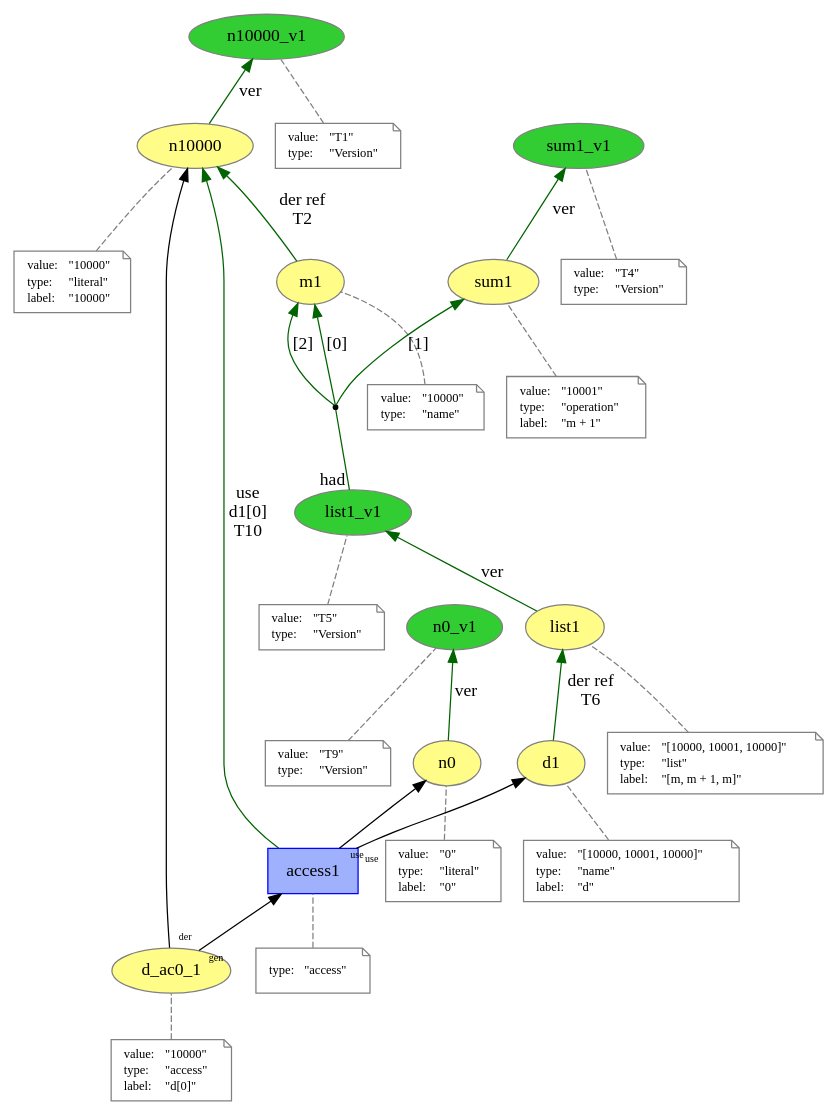
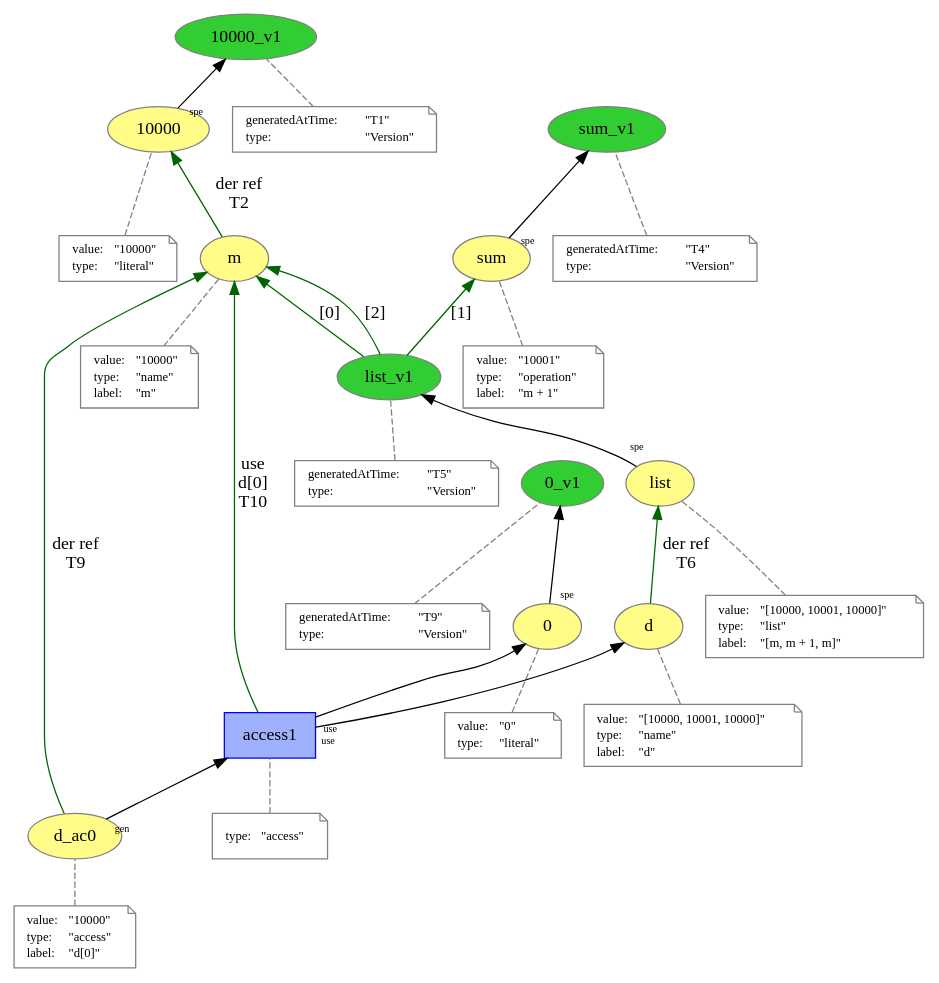
The diagram in explicit_versioned/access.dot (dew-uff/versioned-prov), drawn with Graphviz before and after one commit. The commit also changed 53 other files, not shown here.

```diff
--- a/explicit_versioned/access.dot
+++ b/explicit_versioned/access.dot
@@ -1,5 +1,5 @@
 digraph "PROV" { size="16,12"; rankdir="BT";
-"http://example.org/n10000" [fillcolor="#FFFC87",color="#808080",style="filled",label="n10000",URL="http://example.org/n10000"]
+"http://example.org/10000" [fillcolor="#FFFC87",color="#808080",style="filled",label="10000",URL="http://example.org/10000"]
 "-attrs0" [color="gray",shape="note",fontsize="10",fontcolor="black",label=<<TABLE cellpadding="0" border="0">
 	<TR>
 	    <TD align="left">value:</TD>
@@ -9,16 +9,12 @@
 	    <TD align="left">type:</TD>
 	    <TD align="left">&quot;literal&quot;</TD>
 	</TR>
-	<TR>
-	    <TD align="left">label:</TD>
-	    <TD align="left">&quot;10000&quot;</TD>
-	</TR>
 </TABLE>>]
-"-attrs0" -> "http://example.org/n10000" [color="gray",style="dashed",arrowhead="none"]
-"http://example.org/n10000_v1" [fillcolor="#32CD32",color="#808080",style="filled",label="n10000_v1",URL="http://example.org/n10000_v1"]
+"-attrs0" -> "http://example.org/10000" [color="gray",style="dashed",arrowhead="none"]
+"http://example.org/10000_v1" [fillcolor="#32CD32",color="#808080",style="filled",label="10000_v1",URL="http://example.org/10000_v1"]
 "-attrs1" [color="gray",shape="note",fontsize="10",fontcolor="black",label=<<TABLE cellpadding="0" border="0">
 	<TR>
-	    <TD align="left">value:</TD>
+	    <TD align="left">generatedAtTime:</TD>
 	    <TD align="left">&quot;T1&quot;</TD>
 	</TR>
 	<TR>
@@ -26,9 +22,9 @@
 	    <TD align="left">&quot;Version&quot;</TD>
 	</TR>
 </TABLE>>]
-"-attrs1" -> "http://example.org/n10000_v1" [color="gray",style="dashed",arrowhead="none"]
-"http://example.org/n10000" -> "http://example.org/n10000_v1" [labelfontsize="8",labeldistance="1.5",color="darkgreen",labelangle="60.0",rotation="20",label="ver"]
-"http://example.org/m1" [fillcolor="#FFFC87",color="#808080",style="filled",label="m1",URL="http://example.org/m1"]
+"-attrs1" -> "http://example.org/10000_v1" [color="gray",style="dashed",arrowhead="none"]
+"http://example.org/10000" -> "http://example.org/10000_v1" [labelfontsize="8",labeldistance="1.5",labelangle="60.0",rotation="20",taillabel="spe"]
+"http://example.org/m" [fillcolor="#FFFC87",color="#808080",style="filled",label="m",URL="http://example.org/m"]
 "-attrs2" [color="gray",shape="note",fontsize="10",fontcolor="black",label=<<TABLE cellpadding="0" border="0">
 	<TR>
 	    <TD align="left">value:</TD>
@@ -38,11 +34,15 @@
 	    <TD align="left">type:</TD>
 	    <TD align="left">&quot;name&quot;</TD>
 	</TR>
+	<TR>
+	    <TD align="left">label:</TD>
+	    <TD align="left">&quot;m&quot;</TD>
+	</TR>
 </TABLE>>]
-"-attrs2" -> "http://example.org/m1" [color="gray",style="dashed",arrowhead="none"]
-"http://example.org/m1" -> "http://example.org/n10000" [labelfontsize="8",labeldistance="1.5",color="darkgreen",labelangle="60.0",rotation="20",label="der ref
+"-attrs2" -> "http://example.org/m" [color="gray",style="dashed",arrowhead="none"]
+"http://example.org/m" -> "http://example.org/10000" [labelfontsize="8",labeldistance="1.5",color="darkgreen",labelangle="60.0",rotation="20",label="der ref
 T2"]
-"http://example.org/sum1" [fillcolor="#FFFC87",color="#808080",style="filled",label="sum1",URL="http://example.org/sum1"]
+"http://example.org/sum" [fillcolor="#FFFC87",color="#808080",style="filled",label="sum",URL="http://example.org/sum"]
 "-attrs3" [color="gray",shape="note",fontsize="10",fontcolor="black",label=<<TABLE cellpadding="0" border="0">
 	<TR>
 	    <TD align="left">value:</TD>
@@ -57,11 +57,11 @@
 	    <TD align="left">&quot;m + 1&quot;</TD>
 	</TR>
 </TABLE>>]
-"-attrs3" -> "http://example.org/sum1" [color="gray",style="dashed",arrowhead="none"]
-"http://example.org/sum1_v1" [fillcolor="#32CD32",color="#808080",style="filled",label="sum1_v1",URL="http://example.org/sum1_v1"]
+"-attrs3" -> "http://example.org/sum" [color="gray",style="dashed",arrowhead="none"]
+"http://example.org/sum_v1" [fillcolor="#32CD32",color="#808080",style="filled",label="sum_v1",URL="http://example.org/sum_v1"]
 "-attrs4" [color="gray",shape="note",fontsize="10",fontcolor="black",label=<<TABLE cellpadding="0" border="0">
 	<TR>
-	    <TD align="left">value:</TD>
+	    <TD align="left">generatedAtTime:</TD>
 	    <TD align="left">&quot;T4&quot;</TD>
 	</TR>
 	<TR>
@@ -69,9 +69,9 @@
 	    <TD align="left">&quot;Version&quot;</TD>
 	</TR>
 </TABLE>>]
-"-attrs4" -> "http://example.org/sum1_v1" [color="gray",style="dashed",arrowhead="none"]
-"http://example.org/sum1" -> "http://example.org/sum1_v1" [labelfontsize="8",labeldistance="1.5",color="darkgreen",labelangle="60.0",rotation="20",label="ver"]
-"http://example.org/list1" [fillcolor="#FFFC87",color="#808080",style="filled",label="list1",URL="http://example.org/list1"]
+"-attrs4" -> "http://example.org/sum_v1" [color="gray",style="dashed",arrowhead="none"]
+"http://example.org/sum" -> "http://example.org/sum_v1" [labelfontsize="8",labeldistance="1.5",labelangle="60.0",rotation="20",taillabel="spe"]
+"http://example.org/list" [fillcolor="#FFFC87",color="#808080",style="filled",label="list",URL="http://example.org/list"]
 "-attrs5" [color="gray",shape="note",fontsize="10",fontcolor="black",label=<<TABLE cellpadding="0" border="0">
 	<TR>
 	    <TD align="left">value:</TD>
@@ -86,11 +86,11 @@
 	    <TD align="left">&quot;[m, m + 1, m]&quot;</TD>
 	</TR>
 </TABLE>>]
-"-attrs5" -> "http://example.org/list1" [color="gray",style="dashed",arrowhead="none"]
-"http://example.org/list1_v1" [fillcolor="#32CD32",color="#808080",style="filled",label="list1_v1",URL="http://example.org/list1_v1"]
+"-attrs5" -> "http://example.org/list" [color="gray",style="dashed",arrowhead="none"]
+"http://example.org/list_v1" [fillcolor="#32CD32",color="#808080",style="filled",label="list_v1",URL="http://example.org/list_v1"]
 "-attrs6" [color="gray",shape="note",fontsize="10",fontcolor="black",label=<<TABLE cellpadding="0" border="0">
 	<TR>
-	    <TD align="left">value:</TD>
+	    <TD align="left">generatedAtTime:</TD>
 	    <TD align="left">&quot;T5&quot;</TD>
 	</TR>
 	<TR>
@@ -98,14 +98,12 @@
 	    <TD align="left">&quot;Version&quot;</TD>
 	</TR>
 </TABLE>>]
-"-attrs6" -> "http://example.org/list1_v1" [color="gray",style="dashed",arrowhead="none"]
-"http://example.org/list1" -> "http://example.org/list1_v1" [labelfontsize="8",labeldistance="1.5",color="darkgreen",labelangle="60.0",rotation="20",label="ver"]
-"bn0" [shape="point",label=""]
-"http://example.org/list1_v1" -> "bn0" [arrowhead="none",taillabel="had",color="darkgreen"]
-"bn0" -> "http://example.org/m1" [labelfontsize="8",labeldistance="1.5",color="darkgreen",labelangle="60.0",rotation="20",label="[0]"]
-"bn0" -> "http://example.org/sum1" [labelfontsize="8",labeldistance="1.5",color="darkgreen",labelangle="60.0",rotation="20",label="[1]"]
-"bn0" -> "http://example.org/m1" [labelfontsize="8",labeldistance="1.5",color="darkgreen",labelangle="60.0",rotation="20",label="[2]"]
-"http://example.org/d1" [fillcolor="#FFFC87",color="#808080",style="filled",label="d1",URL="http://example.org/d1"]
+"-attrs6" -> "http://example.org/list_v1" [color="gray",style="dashed",arrowhead="none"]
+"http://example.org/list" -> "http://example.org/list_v1" [labelfontsize="8",labeldistance="1.5",labelangle="60.0",rotation="20",taillabel="spe"]
+"http://example.org/list_v1" -> "http://example.org/m" [labelfontsize="8",labeldistance="1.5",color="darkgreen",labelangle="60.0",rotation="20",label="[0]"]
+"http://example.org/list_v1" -> "http://example.org/sum" [labelfontsize="8",labeldistance="1.5",color="darkgreen",labelangle="60.0",rotation="20",label="[1]"]
+"http://example.org/list_v1" -> "http://example.org/m" [labelfontsize="8",labeldistance="1.5",color="darkgreen",labelangle="60.0",rotation="20",label="[2]"]
+"http://example.org/d" [fillcolor="#FFFC87",color="#808080",style="filled",label="d",URL="http://example.org/d"]
 "-attrs7" [color="gray",shape="note",fontsize="10",fontcolor="black",label=<<TABLE cellpadding="0" border="0">
 	<TR>
 	    <TD align="left">value:</TD>
@@ -120,10 +118,10 @@
 	    <TD align="left">&quot;d&quot;</TD>
 	</TR>
 </TABLE>>]
-"-attrs7" -> "http://example.org/d1" [color="gray",style="dashed",arrowhead="none"]
-"http://example.org/d1" -> "http://example.org/list1" [labelfontsize="8",labeldistance="1.5",color="darkgreen",labelangle="60.0",rotation="20",label="der ref
+"-attrs7" -> "http://example.org/d" [color="gray",style="dashed",arrowhead="none"]
+"http://example.org/d" -> "http://example.org/list" [labelfontsize="8",labeldistance="1.5",color="darkgreen",labelangle="60.0",rotation="20",label="der ref
 T6"]
-"http://example.org/n0" [fillcolor="#FFFC87",color="#808080",style="filled",label="n0",URL="http://example.org/n0"]
+"http://example.org/0" [fillcolor="#FFFC87",color="#808080",style="filled",label="0",URL="http://example.org/0"]
 "-attrs8" [color="gray",shape="note",fontsize="10",fontcolor="black",label=<<TABLE cellpadding="0" border="0">
 	<TR>
 	    <TD align="left">value:</TD>
@@ -133,16 +131,12 @@
 	    <TD align="left">type:</TD>
 	    <TD align="left">&quot;literal&quot;</TD>
 	</TR>
-	<TR>
-	    <TD align="left">label:</TD>
-	    <TD align="left">&quot;0&quot;</TD>
-	</TR>
 </TABLE>>]
-"-attrs8" -> "http://example.org/n0" [color="gray",style="dashed",arrowhead="none"]
-"http://example.org/n0_v1" [fillcolor="#32CD32",color="#808080",style="filled",label="n0_v1",URL="http://example.org/n0_v1"]
+"-attrs8" -> "http://example.org/0" [color="gray",style="dashed",arrowhead="none"]
+"http://example.org/0_v1" [fillcolor="#32CD32",color="#808080",style="filled",label="0_v1",URL="http://example.org/0_v1"]
 "-attrs9" [color="gray",shape="note",fontsize="10",fontcolor="black",label=<<TABLE cellpadding="0" border="0">
 	<TR>
-	    <TD align="left">value:</TD>
+	    <TD align="left">generatedAtTime:</TD>
 	    <TD align="left">&quot;T9&quot;</TD>
 	</TR>
 	<TR>
@@ -150,9 +144,9 @@
 	    <TD align="left">&quot;Version&quot;</TD>
 	</TR>
 </TABLE>>]
-"-attrs9" -> "http://example.org/n0_v1" [color="gray",style="dashed",arrowhead="none"]
-"http://example.org/n0" -> "http://example.org/n0_v1" [labelfontsize="8",labeldistance="1.5",color="darkgreen",labelangle="60.0",rotation="20",label="ver"]
-"http://example.org/d_ac0_1" [fillcolor="#FFFC87",color="#808080",style="filled",label="d_ac0_1",URL="http://example.org/d_ac0_1"]
+"-attrs9" -> "http://example.org/0_v1" [color="gray",style="dashed",arrowhead="none"]
+"http://example.org/0" -> "http://example.org/0_v1" [labelfontsize="8",labeldistance="1.5",labelangle="60.0",rotation="20",taillabel="spe"]
+"http://example.org/d_ac0" [fillcolor="#FFFC87",color="#808080",style="filled",label="d_ac0",URL="http://example.org/d_ac0"]
 "-attrs10" [color="gray",shape="note",fontsize="10",fontcolor="black",label=<<TABLE cellpadding="0" border="0">
 	<TR>
 	    <TD align="left">value:</TD>
@@ -167,7 +161,7 @@
 	    <TD align="left">&quot;d[0]&quot;</TD>
 	</TR>
 </TABLE>>]
-"-attrs10" -> "http://example.org/d_ac0_1" [color="gray",style="dashed",arrowhead="none"]
+"-attrs10" -> "http://example.org/d_ac0" [color="gray",style="dashed",arrowhead="none"]
 "http://example.org/access1" [fillcolor="#9FB1FC",color="#0000FF",shape="polygon",sides="4",style="filled",label="access1",URL="http://example.org/access1"]
 "-attrs11" [color="gray",shape="note",fontsize="10",fontcolor="black",label=<<TABLE cellpadding="0" border="0">
 	<TR>
@@ -176,11 +170,12 @@
 	</TR>
 </TABLE>>]
 "-attrs11" -> "http://example.org/access1" [color="gray",style="dashed",arrowhead="none"]
-"http://example.org/access1" -> "http://example.org/d1" [labelfontsize="8",labeldistance="1.5",labelangle="60.0",rotation="20",taillabel="use"]
-"http://example.org/access1" -> "http://example.org/n0" [labelfontsize="8",labeldistance="1.5",labelangle="60.0",rotation="20",taillabel="use"]
-"http://example.org/access1" -> "http://example.org/n10000" [labelfontsize="8",labeldistance="1.5",color="darkgreen",labelangle="60.0",rotation="20",label="use
-d1[0]
+"http://example.org/access1" -> "http://example.org/d" [labelfontsize="8",labeldistance="1.5",labelangle="60.0",rotation="20",taillabel="use"]
+"http://example.org/access1" -> "http://example.org/0" [labelfontsize="8",labeldistance="1.5",labelangle="60.0",rotation="20",taillabel="use"]
+"http://example.org/access1" -> "http://example.org/m" [labelfontsize="8",labeldistance="1.5",color="darkgreen",labelangle="60.0",rotation="20",label="use
+d[0]
 T10"]
-"http://example.org/d_ac0_1" -> "http://example.org/access1" [labelfontsize="8",labeldistance="1.5",labelangle="60.0",rotation="20",taillabel="gen"]
-"http://example.org/d_ac0_1" -> "http://example.org/n10000" [labelfontsize="8",labeldistance="1.5",labelangle="60.0",rotation="20",taillabel="der"]
+"http://example.org/d_ac0" -> "http://example.org/access1" [labelfontsize="8",labeldistance="1.5",labelangle="60.0",rotation="20",taillabel="gen"]
+"http://example.org/d_ac0" -> "http://example.org/m" [labelfontsize="8",labeldistance="1.5",color="darkgreen",labelangle="60.0",rotation="20",label="der ref
+T9"]
 }
```
